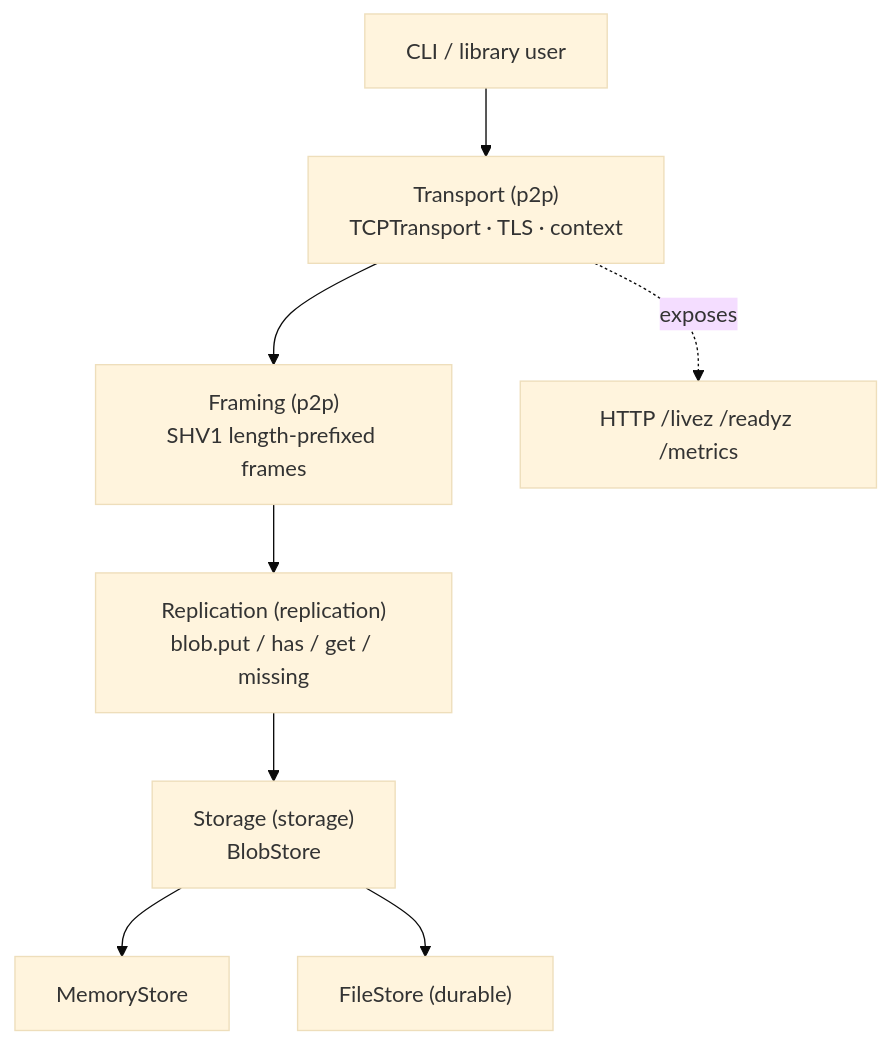
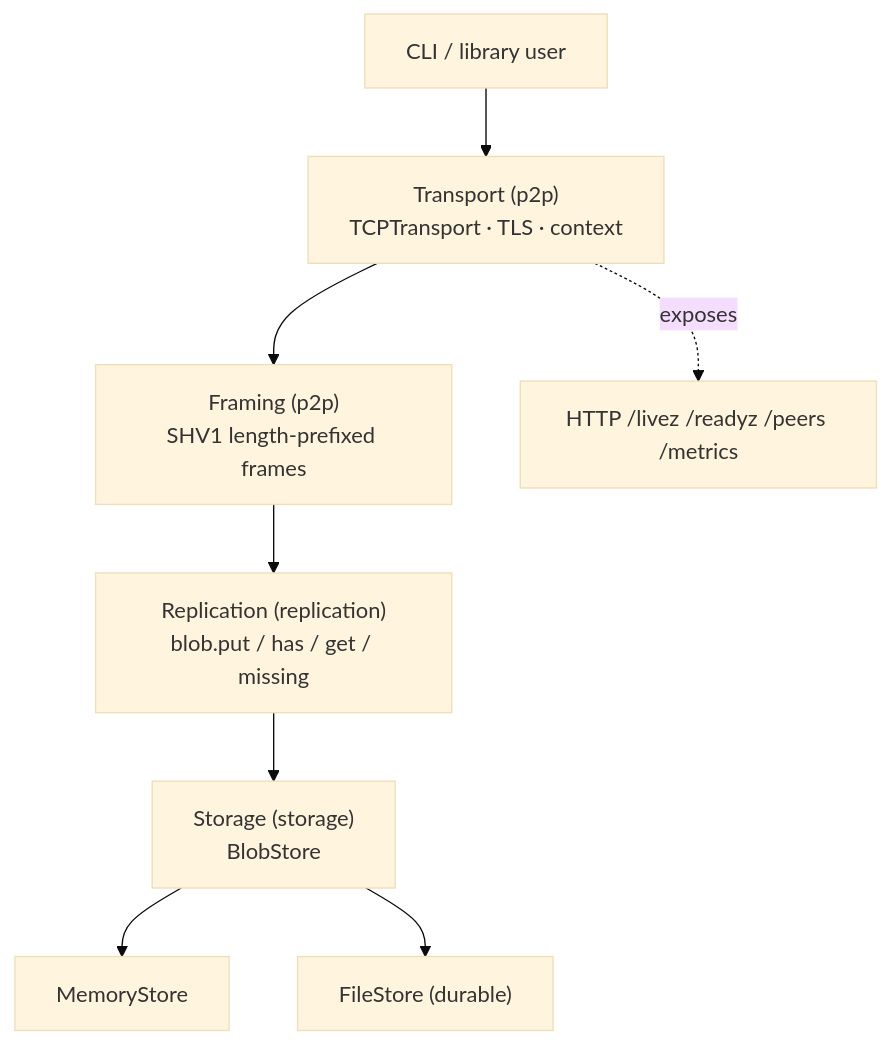
The first of 4 diagrams in docs/ARCHITECTURE.md (AlisinaDevelo/StreamHive), drawn with Mermaid (base theme) before and after one commit. The commit also changed other lines of this file and 5 other files, not shown here.

````diff
--- a/docs/ARCHITECTURE.md
+++ b/docs/ARCHITECTURE.md
@@ -7,10 +7,10 @@
 ```mermaid
 flowchart TD
   cli["CLI / library user"] --> tr["Transport (p2p)<br/>TCPTransport · TLS · context"]
   tr --> fr["Framing (p2p)<br/>SHV1 length-prefixed frames"]
   fr --> rep["Replication (replication)<br/>blob.put / has / get / missing"]
   rep --> st["Storage (storage)<br/>BlobStore"]
   st --> mem["MemoryStore"]
   st --> file["FileStore (durable)"]
-  tr -. exposes .-> health["HTTP /livez /readyz /metrics"]
+  tr -. exposes .-> health["HTTP /livez /readyz /peers /metrics"]
 ```
````
